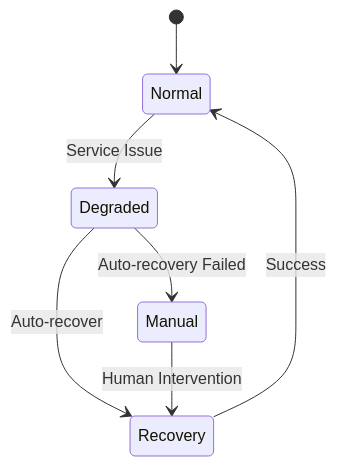
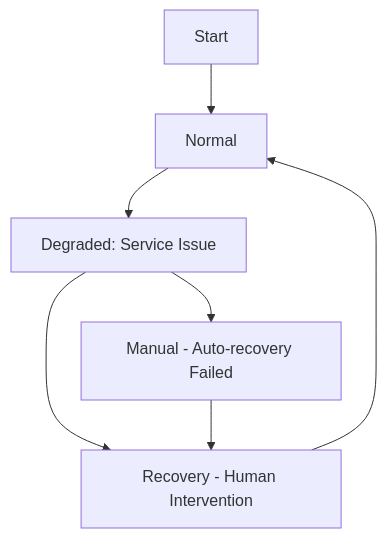
Before and after one commit to saugatach/LLM-grader: diagram 11 of 13 in design/LLM-designs/LLM-design-grading-case-study/design-grading-case-study-level3.md, drawn with Mermaid. The commit also changed other lines of this file and 1 other file, not shown here.

Commit message:
fixed the diagrams

````diff
--- a/design/LLM-designs/LLM-design-grading-case-study/design-grading-case-study-level3.md
+++ b/design/LLM-designs/LLM-design-grading-case-study/design-grading-case-study-level3.md
@@ -486,9 +486,9 @@
 ```mermaid
-stateDiagram-v2
-    [*] --> Normal
-    Normal --> Degraded: Service Issue
-    Degraded --> Recovery: Auto-recover
-    Recovery --> Normal: Success
-    Degraded --> Manual: Auto-recovery Failed
-    Manual --> Recovery: Human Intervention
+flowchart TD
+    A[Start] --> B[Normal]
+    B --> C[Degraded: Service Issue]
+    C --> D[Recovery: Auto-recover]
+    D --> B
+    C --> E[Manual - Auto-recovery Failed]
+    E --> D[Recovery - Human Intervention]
 ```
````
